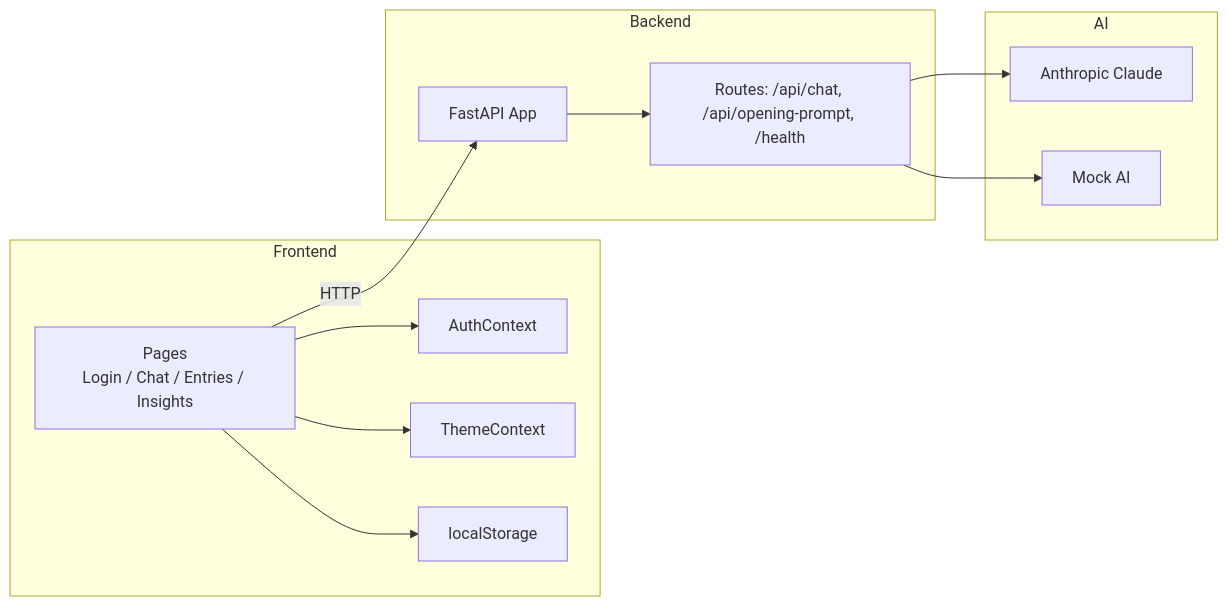
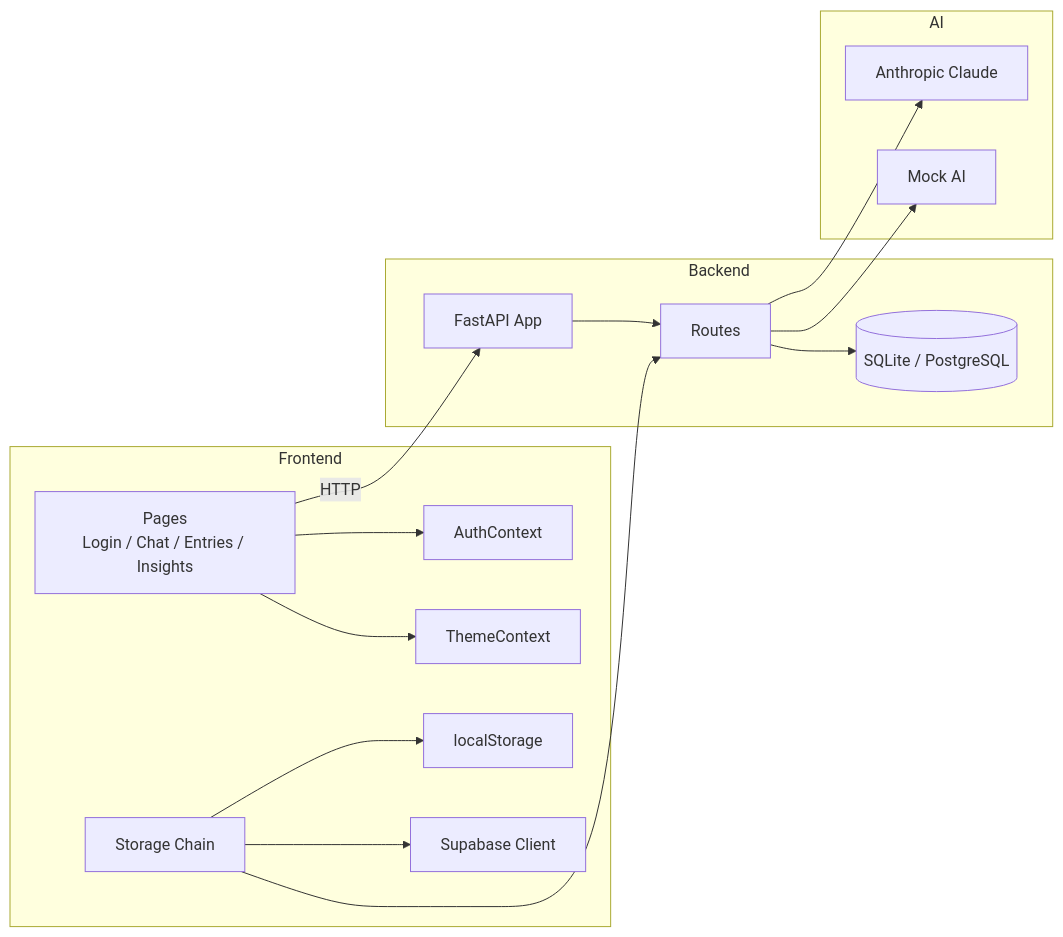
The second of 9 diagrams in safespace_system_design.md (Dhrithi432/panw-hackathon-journal-casestudy), drawn with Mermaid before and after one commit. The commit also changed other lines of this file and 1 other file, not shown here.

````diff
--- a/safespace_system_design.md
+++ b/safespace_system_design.md
@@ -35,28 +39,34 @@
 ```mermaid
 flowchart LR
     subgraph Frontend
         Auth[AuthContext]
         Theme[ThemeContext]
         Pages[Pages<br/>Login / Chat / Entries / Insights]
+        Storage[Storage Chain]
         LS[localStorage]
+        SupaClient[Supabase Client]
     end
 
     subgraph Backend
         API[FastAPI App]
-        Routes[Routes: /api/chat, /api/opening-prompt, /health]
+        Routes[Routes]
+        DB[(SQLite / PostgreSQL)]
     end
 
     subgraph AI
         Claude[Anthropic Claude]
         Mock[Mock AI]
     end
 
     Pages --> Auth
     Pages --> Theme
-    Pages --> LS
+    Storage --> SupaClient
+    Storage --> Routes
+    Storage --> LS
 
     Pages -->|HTTP| API
     API --> Routes
     Routes --> Claude
     Routes --> Mock
+    Routes --> DB
 ```
````
